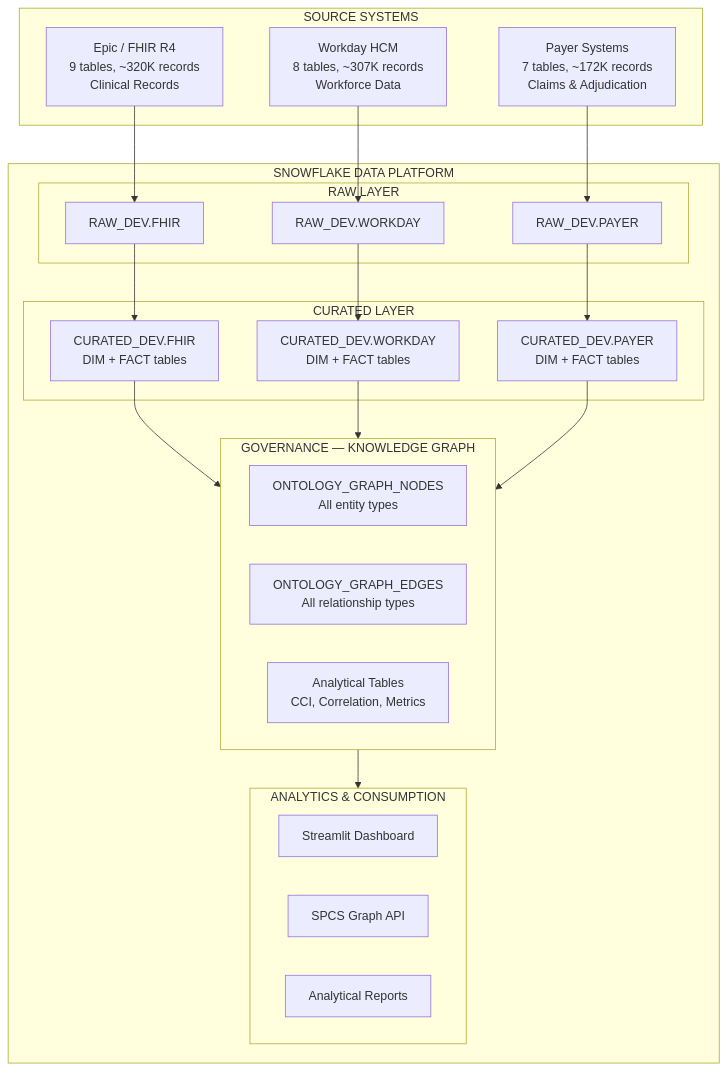
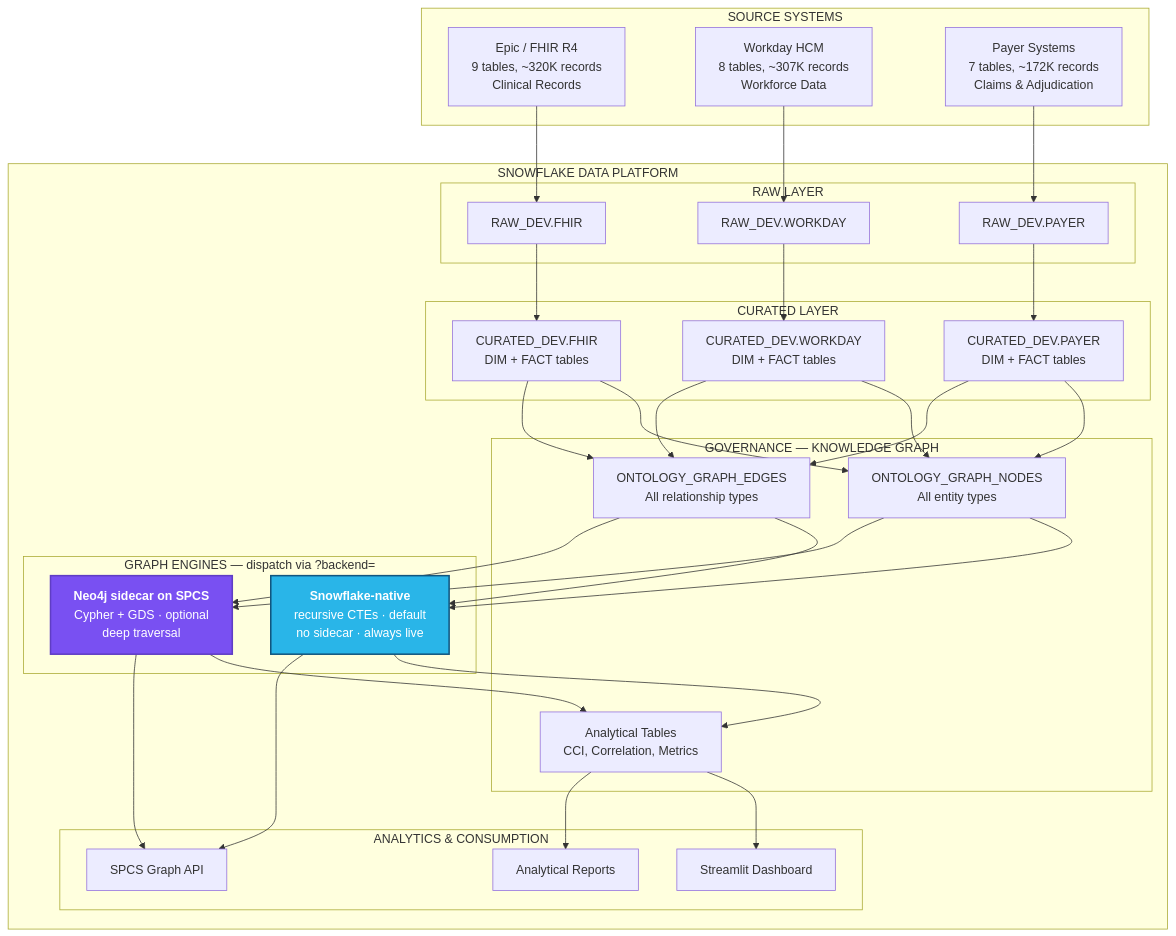
The first of 3 diagrams in industry-demos/hcls/ONTOLOGY_MAP.md (sfc-gh-smitchener-1/snowflake-dca-fullstack-demo), drawn with Mermaid before and after one commit. The commit also changed 3 other files, not shown here.

````diff
--- a/industry-demos/hcls/ONTOLOGY_MAP.md
+++ b/industry-demos/hcls/ONTOLOGY_MAP.md
@@ -7,42 +7,64 @@
 ```mermaid
 flowchart TB
     subgraph SOURCES["SOURCE SYSTEMS"]
         EPIC["Epic / FHIR R4\n9 tables, ~320K records\nClinical Records"]
         WORKDAY["Workday HCM\n8 tables, ~307K records\nWorkforce Data"]
         PAYER["Payer Systems\n7 tables, ~172K records\nClaims & Adjudication"]
     end
 
     subgraph SNOWFLAKE["SNOWFLAKE DATA PLATFORM"]
         subgraph RAW["RAW LAYER"]
             R1["RAW_DEV.FHIR"]
             R2["RAW_DEV.WORKDAY"]
             R3["RAW_DEV.PAYER"]
         end
 
         subgraph CURATED["CURATED LAYER"]
             C1["CURATED_DEV.FHIR\nDIM + FACT tables"]
             C2["CURATED_DEV.WORKDAY\nDIM + FACT tables"]
             C3["CURATED_DEV.PAYER\nDIM + FACT tables"]
         end
 
         subgraph GOVERNANCE["GOVERNANCE — KNOWLEDGE GRAPH"]
-            NODES["ONTOLOGY_GRAPH_NODES\nAll entity types"]
-            EDGES["ONTOLOGY_GRAPH_EDGES\nAll relationship types"]
-            ANALYTICS["Analytical Tables\nCCI, Correlation, Metrics"]
+            NODES["ONTOLOGY_GRAPH_NODES<br/>All entity types"]
+            EDGES["ONTOLOGY_GRAPH_EDGES<br/>All relationship types"]
+            ANALYTICS["Analytical Tables<br/>CCI, Correlation, Metrics"]
+        end
+
+        subgraph ENGINES["GRAPH ENGINES — dispatch via ?backend="]
+            SF_ENG["<b>Snowflake-native</b><br/>recursive CTEs · default<br/>no sidecar · always live"]
+            NEO_ENG["<b>Neo4j sidecar on SPCS</b><br/>Cypher + GDS · optional<br/>deep traversal"]
         end
 
         subgraph CONSUMPTION["ANALYTICS & CONSUMPTION"]
             STREAMLIT["Streamlit Dashboard"]
             SPCS["SPCS Graph API"]
             REPORTS["Analytical Reports"]
         end
     end
 
     EPIC --> R1 --> C1
     WORKDAY --> R2 --> C2
     PAYER --> R3 --> C3
-    C1 --> GOVERNANCE
-    C2 --> GOVERNANCE
-    C3 --> GOVERNANCE
-    GOVERNANCE --> CONSUMPTION
+    C1 --> NODES
+    C2 --> NODES
+    C3 --> NODES
+    C1 --> EDGES
+    C2 --> EDGES
+    C3 --> EDGES
+    NODES --> SF_ENG
+    EDGES --> SF_ENG
+    NODES --> NEO_ENG
+    EDGES --> NEO_ENG
+    SF_ENG --> ANALYTICS
+    NEO_ENG --> ANALYTICS
+    SF_ENG --> SPCS
+    NEO_ENG --> SPCS
+    ANALYTICS --> STREAMLIT
+    ANALYTICS --> REPORTS
+
+    classDef snowflake fill:#29B5E8,stroke:#11567F,color:#fff,stroke-width:2px
+    classDef graphdb fill:#7950F2,stroke:#5F3DC4,color:#fff,stroke-width:2px
+    class SF_ENG snowflake
+    class NEO_ENG graphdb
 ```
````
